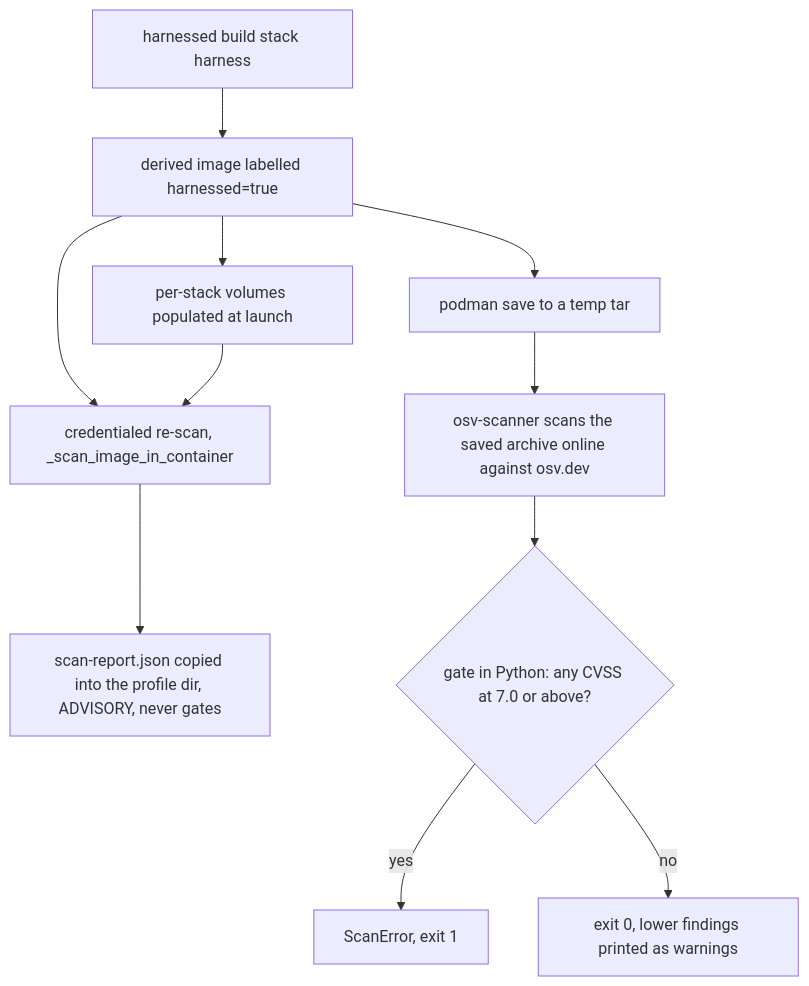
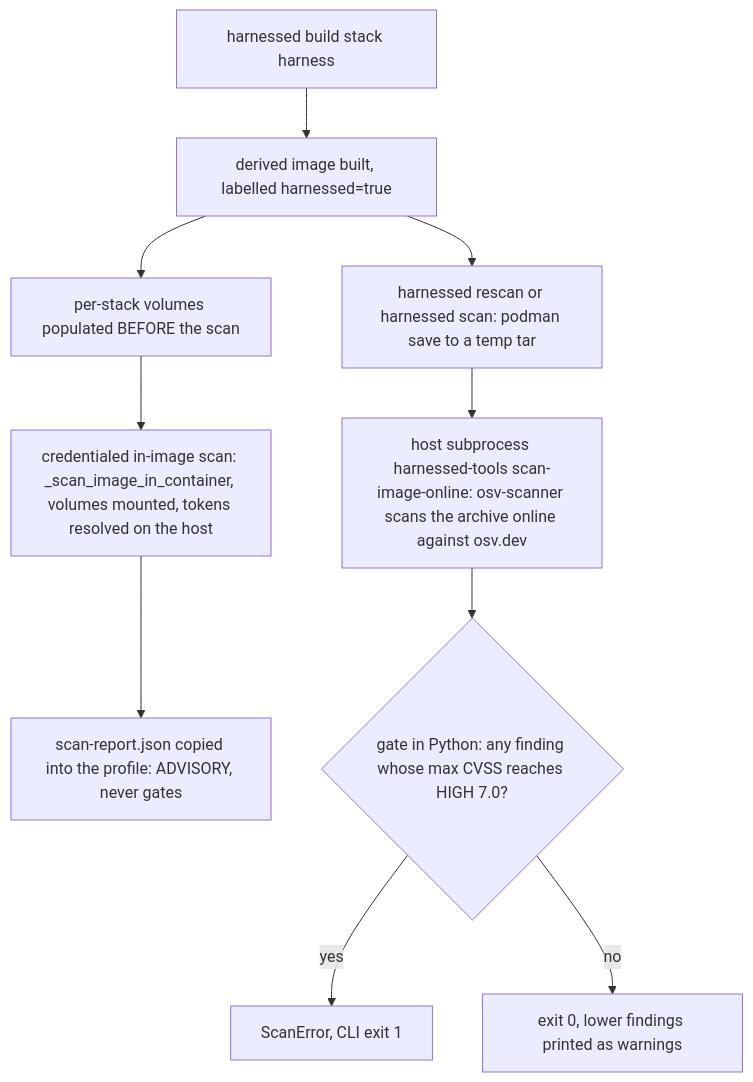
One commit to drmikecrowe/harnessed changed the first of 2 diagrams in openwiki/operations/supply-chain.md. Above: the diagram before and after it, drawn with Mermaid. The commit also changed other lines of this file and 44 other files, not shown here.

````diff
--- a/openwiki/operations/supply-chain.md
+++ b/openwiki/operations/supply-chain.md
@@ -100,13 +97,12 @@
 ```mermaid
 flowchart TD
-    B["harnessed build stack harness"] --> D["derived image labelled harnessed=true"]
-    D --> V["per-stack volumes populated at launch"]
-    D --> C1["credentialed re-scan, _scan_image_in_container"]
-    V --> C1
-    C1 --> R["scan-report.json copied into the profile dir, ADVISORY, never gates"]
-    D --> S["podman save to a temp tar"]
-    S --> O["osv-scanner scans the saved archive online against osv.dev"]
-    O --> G{"gate in Python: any CVSS at 7.0 or above?"}
-    G -->|yes| X["ScanError, exit 1"]
-    G -->|no| OK["exit 0, lower findings printed as warnings"]
+    B["harnessed build stack harness"] --> IMG["derived image built, labelled harnessed=true"]
+    IMG --> VOL["per-stack volumes populated BEFORE the scan"]
+    VOL --> C1["credentialed in-image scan: _scan_image_in_container, volumes mounted, tokens resolved on the host"]
+    C1 --> REP["scan-report.json copied into the profile: ADVISORY, never gates"]
+    IMG --> SAVE["harnessed rescan or harnessed scan: podman save to a temp tar"]
+    SAVE --> ONLINE["host subprocess harnessed-tools scan-image-online: osv-scanner scans the archive online against osv.dev"]
+    ONLINE --> GATE{"gate in Python: any finding whose max CVSS reaches HIGH 7.0?"}
+    GATE -->|yes| ABORT["ScanError, CLI exit 1"]
+    GATE -->|no| WARN["exit 0, lower findings printed as warnings"]
 ```
````
